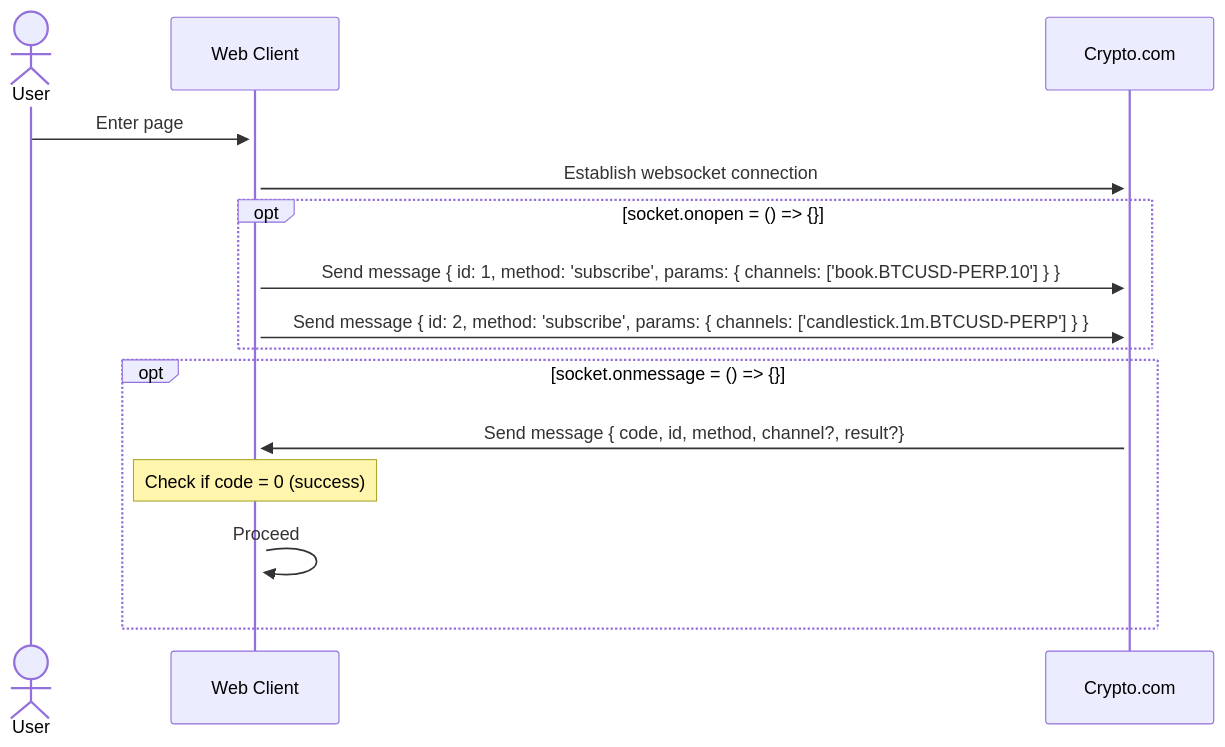
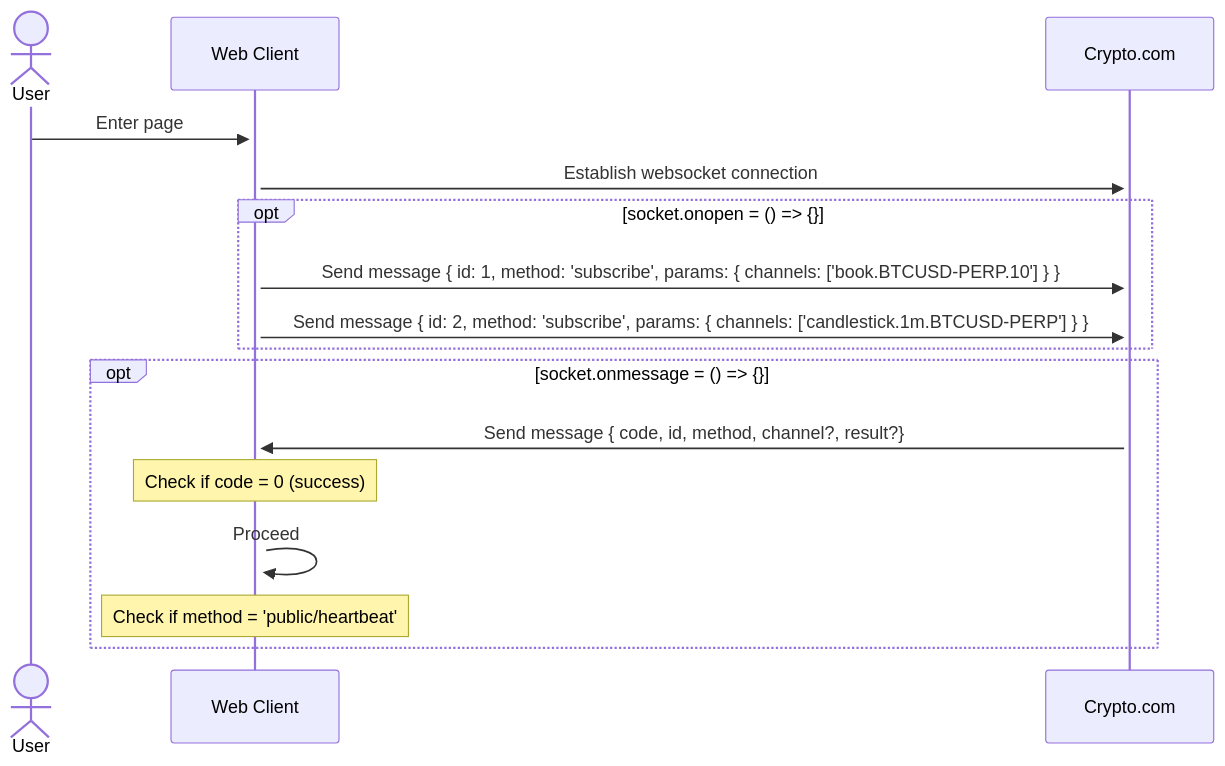
Before and after one commit to YuAnWu0000/cryptoExchange: the diagram in README.md, drawn with Mermaid.

Commit message:
UPDATE: Websocket flow chart in README.md

````diff
--- a/README.md
+++ b/README.md
@@ -11,18 +11,19 @@
 ```mermaid
 sequenceDiagram
   actor User
   participant Web Client
   participant Crypto.com
   User ->>+ Web Client: Enter page
   Web Client ->>+ Crypto.com: Establish websocket connection
   opt socket.onopen = () => {}
   Web Client->>+ Crypto.com: Send message { id: 1, method: 'subscribe', params: { channels: ['book.BTCUSD-PERP.10'] } }
   Web Client->>+ Crypto.com: Send message { id: 2, method: 'subscribe', params: { channels: ['candlestick.1m.BTCUSD-PERP'] } }
   end
   opt socket.onmessage = () => {}
   Crypto.com->>+ Web Client: Send message { code, id, method, channel?, result?}
   Note over Web Client: Check if code = 0 (success)
   Web Client->>+ Web Client: Proceed
+  Note over Web Client: Check if method = 'public/heartbeat'
 
   end
 ```
````
